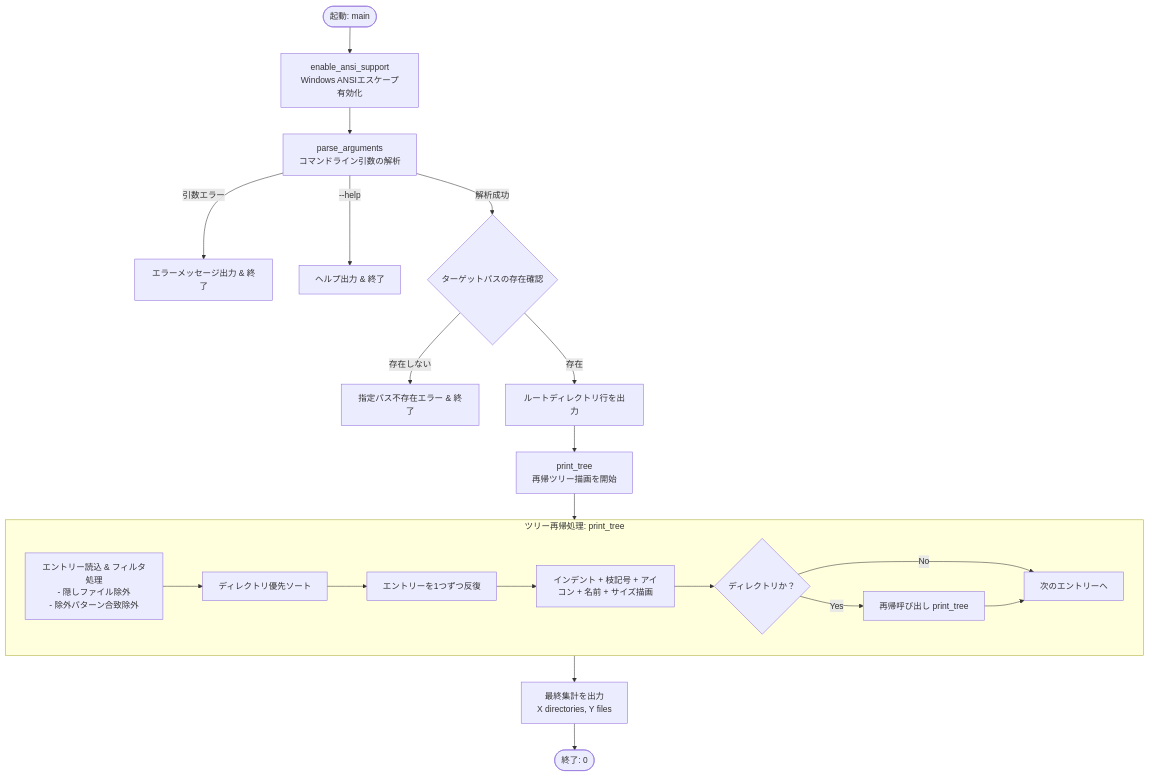
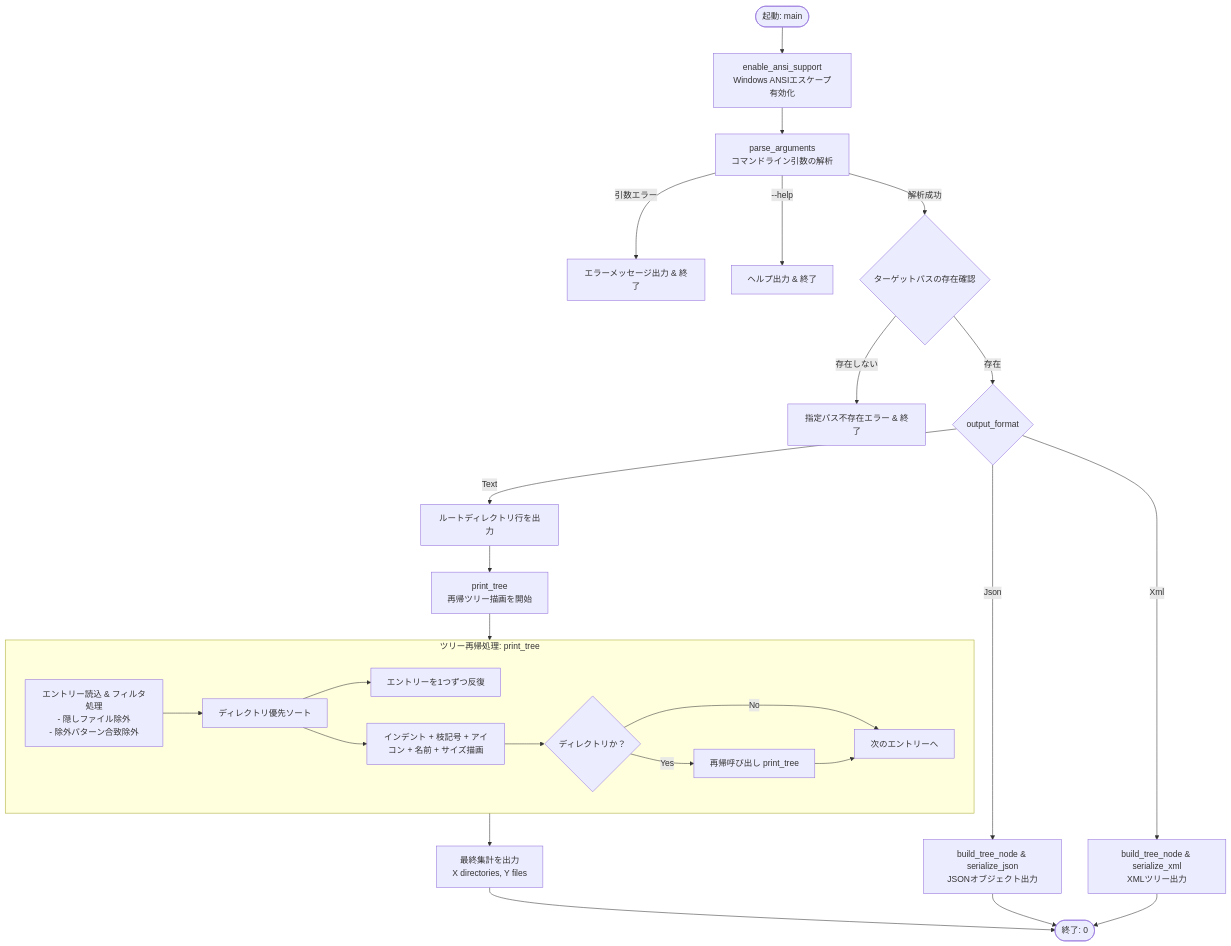
Before and after one commit to tkshnkgwr/MyTree: the first of 2 diagrams in docs/DIAGRAM.md, drawn with Mermaid. The commit also changed 8 other files, not shown here.

Commit message:
JSON / XML 出力フォーマット対応

````diff
--- a/docs/DIAGRAM.md
+++ b/docs/DIAGRAM.md
@@ -9,35 +9,42 @@
 ```mermaid
 flowchart TD
     Start([起動: main]) --> EnableANSI[enable_ansi_support<br/>Windows ANSIエスケープ有効化]
     EnableANSI --> ParseArgs[parse_arguments<br/>コマンドライン引数の解析]
     
     ParseArgs -->|引数エラー| ErrExit[エラーメッセージ出力 & 終了]
     ParseArgs -->|--help| HelpExit[ヘルプ出力 & 終了]
     ParseArgs -->|解析成功| CheckPath{ターゲットパスの存在確認}
     
     CheckPath -->|存在しない| PathErrExit[指定パス不存在エラー & 終了]
-    CheckPath -->|存在| PrintRoot[ルートディレクトリ行を出力]
+    CheckPath -->|存在| CheckFormat{output_format}
     
+    CheckFormat -->|Text| PrintRoot[ルートディレクトリ行を出力]
     PrintRoot --> PrintTree[print_tree<br/>再帰ツリー描画を開始]
     
     subgraph TreeRecursion [ツリー再帰処理: print_tree]
         FilterEntries[エントリー読込 & フィルタ処理<br/>- 隠しファイル除外<br/>- 除外パターン合致除外]
         SortEntries[ディレクトリ優先ソート]
         LoopEntries[エントリーを1つずつ反復]
         RenderLine[インデント + 枝記号 + アイコン + 名前 + サイズ描画]
         IsSubDir{ディレクトリか？}
         RecurseSub[再帰呼び出し print_tree]
         
         FilterEntries --> SortEntries
         SortEntries --> LoopEntries
-        LoopEntries --> RenderLine
+        SortEntries --> RenderLine
         RenderLine --> IsSubDir
         IsSubDir -->|Yes| RecurseSub
         IsSubDir -->|No| NextEntry[次のエントリーへ]
         RecurseSub --> NextEntry
     end
     
     PrintTree --> TreeRecursion
     TreeRecursion --> PrintSummary[最終集計を出力<br/>X directories, Y files]
+
+    CheckFormat -->|Json| BuildTreeJson[build_tree_node & serialize_json<br/>JSONオブジェクト出力]
+    CheckFormat -->|Xml| BuildTreeXml[build_tree_node & serialize_xml<br/>XMLツリー出力]
+
     PrintSummary --> End([終了: 0])
+    BuildTreeJson --> End
+    BuildTreeXml --> End
 ```
````
